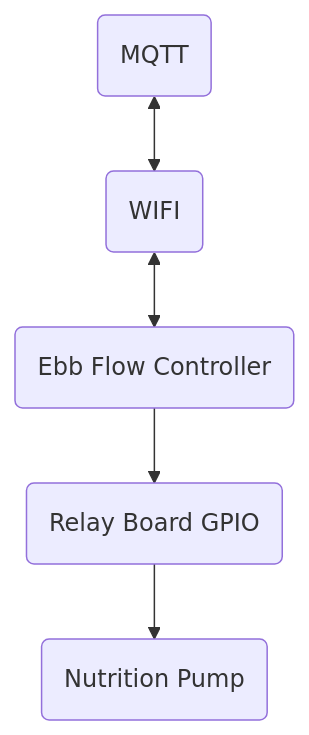
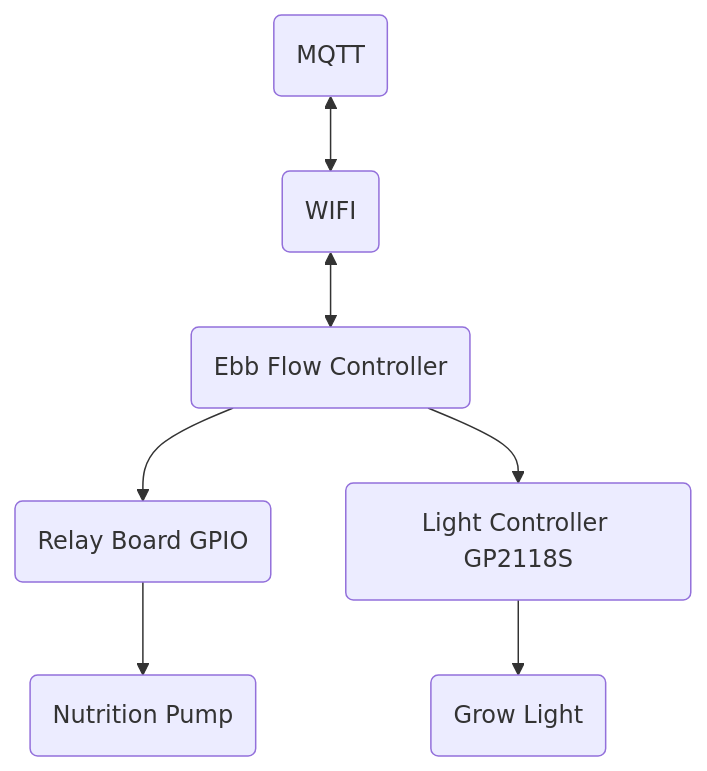
Before and after one commit to phofmeier/EbbFlowControl: the diagram in README.md, drawn with Mermaid. The commit also changed other lines of this file and 9 other files, not shown here.

````diff
--- a/README.md
+++ b/README.md
@@ -66,15 +66,19 @@
 ```mermaid
 graph TD
 
 WIFI(WIFI)
 MQTT(MQTT)
 
 NutritionPump(Nutrition Pump)
 RelayBoard(Relay Board GPIO)
+GrowLight(Grow Light)
+GP2118S(Light Controller GP2118S)
 EbbFlowControl(Ebb Flow Controller)
 
 MQTT <--> WIFI;
 WIFI <--> EbbFlowControl;
 EbbFlowControl --> RelayBoard
 RelayBoard --> NutritionPump
+EbbFlowControl --> GP2118S
+GP2118S --> GrowLight
 ```
````
